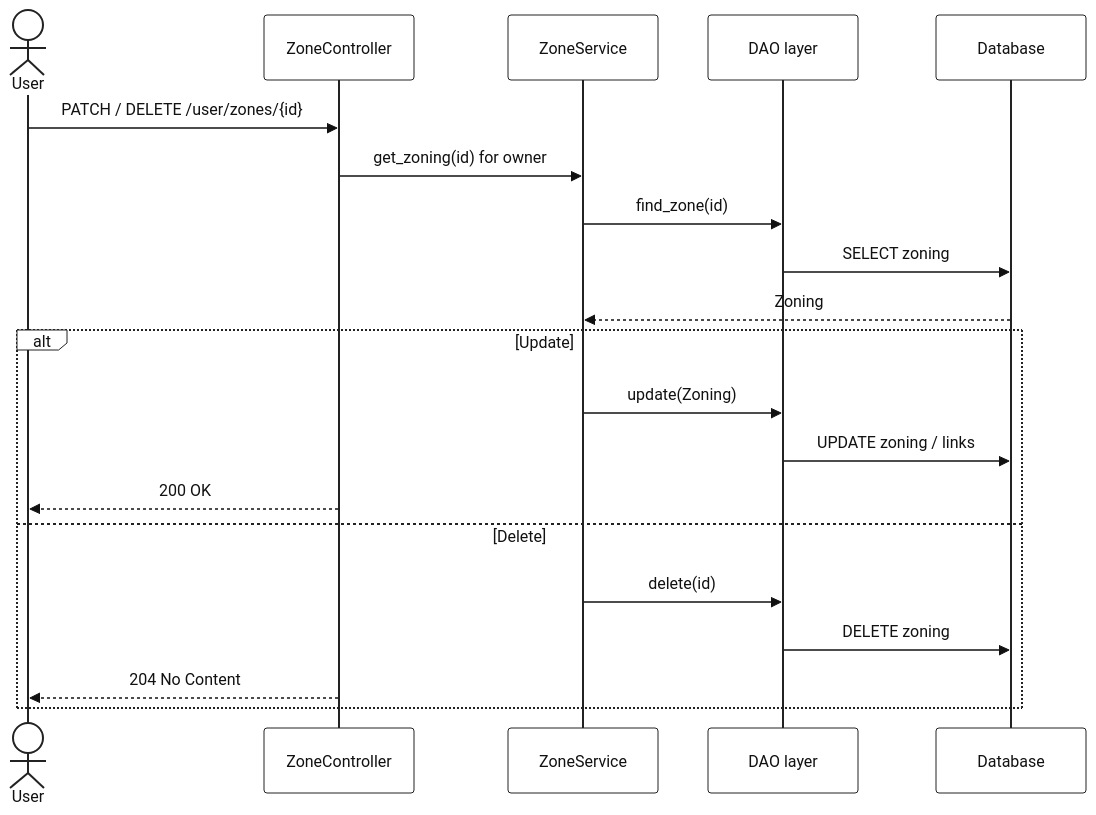
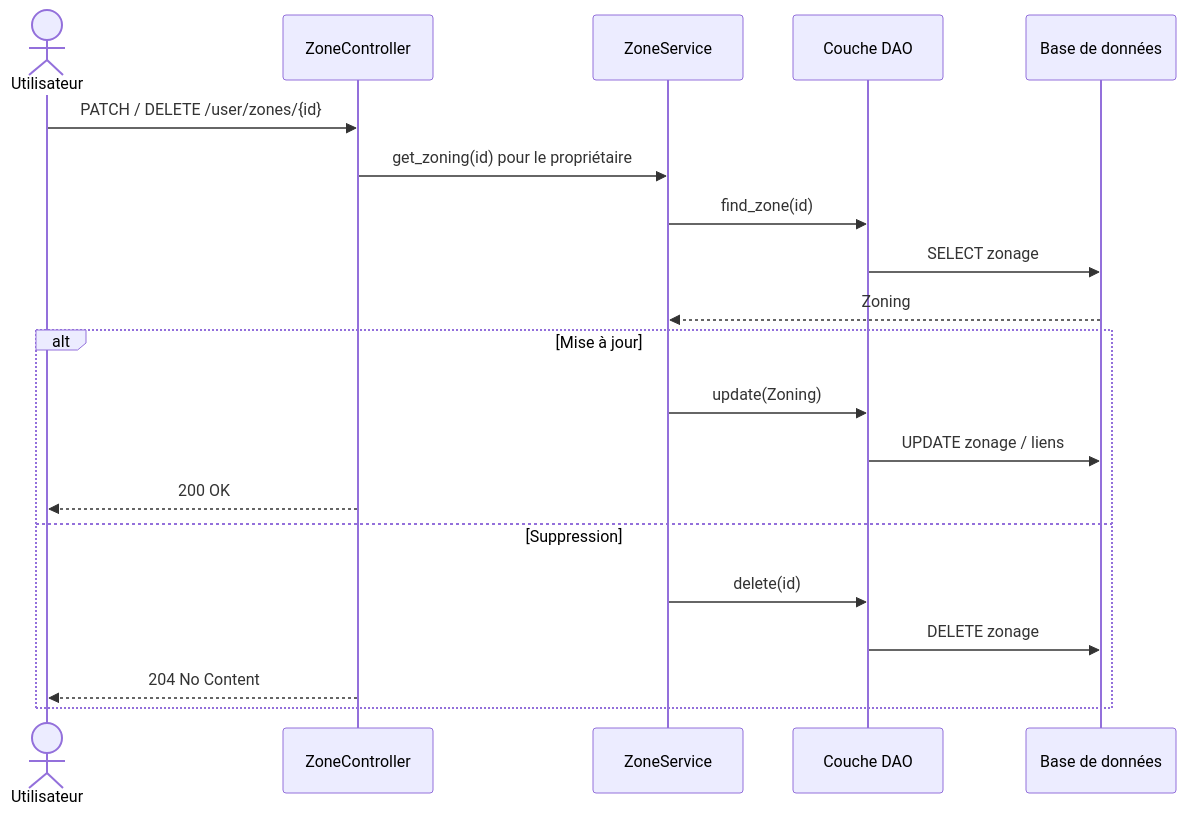
Before and after one commit to gabriel-dahan/ensai-it-project-2a-team12: the seventh of 8 diagrams in doc/sequence_diagram.md, drawn with Mermaid. The commit also changed other lines of this file and 29 other files, not shown here.

Commit message:
New diagrams & reporr

````diff
--- a/doc/sequence_diagram.md
+++ b/doc/sequence_diagram.md
@@ -399,58 +204,24 @@
 ```mermaid
-%%{
-  init: {
-    "theme": "base",
-    "themeVariables": {
-      "background": "#ffffff",
-      "mainBkg": "#ffffff",
-      "textColor": "#111111",
-      "primaryColor": "#ffffff",
-      "primaryTextColor": "#111111",
-      "primaryBorderColor": "#222222",
-      "secondaryColor": "#f3f4f6",
-      "tertiaryColor": "#ffffff",
-      "lineColor": "#222222",
-      "actorBkg": "#ffffff",
-      "actorBorder": "#222222",
-      "actorTextColor": "#111111",
-      "actorLineColor": "#222222",
-      "signalColor": "#111111",
-      "signalTextColor": "#111111",
-      "labelBoxBkgColor": "#ffffff",
-      "labelBoxBorderColor": "#222222",
-      "labelTextColor": "#111111",
-      "loopTextColor": "#111111",
-      "noteBkgColor": "#fff3cd",
-      "noteTextColor": "#111111",
-      "noteBorderColor": "#222222",
-      "activationBkgColor": "#e5e7eb",
-      "activationBorderColor": "#222222",
-      "sequenceNumberColor": "#ffffff",
-      "fontFamily": "arial",
-      "fontSize": "16px"
-    }
-  }
-}%%
 sequenceDiagram
-    actor User
+    actor User as Utilisateur
     participant Controller as ZoneController
     participant Service as ZoneService
-    participant DAO as DAO layer
-    participant DB as Database
+    participant DAO as Couche DAO
+    participant DB as Base de données
 
     User->>Controller: PATCH / DELETE /user/zones/{id}
-    Controller->>Service: get_zoning(id) for owner
+    Controller->>Service: get_zoning(id) pour le propriétaire
     Service->>DAO: find_zone(id)
-    DAO->>DB: SELECT zoning
+    DAO->>DB: SELECT zonage
     DB-->>Service: Zoning
 
-    alt Update
+    alt Mise à jour
         Service->>DAO: update(Zoning)
-        DAO->>DB: UPDATE zoning / links
+        DAO->>DB: UPDATE zonage / liens
         Controller-->>User: 200 OK
-    else Delete
+    else Suppression
         Service->>DAO: delete(id)
-        DAO->>DB: DELETE zoning
+        DAO->>DB: DELETE zonage
         Controller-->>User: 204 No Content
     end
 ```
````
